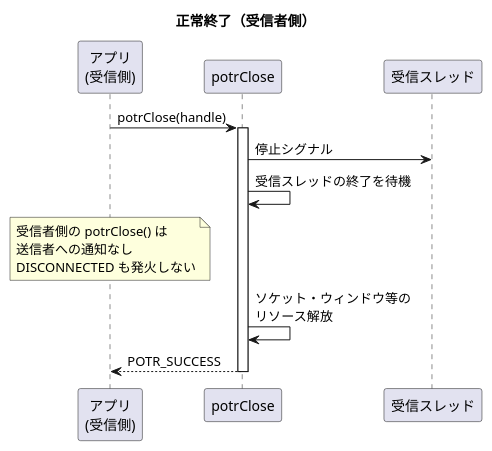
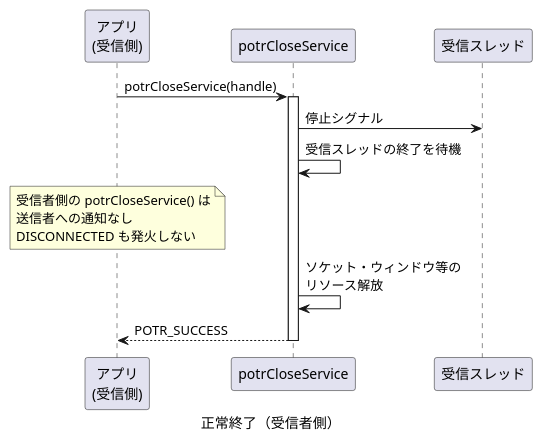
Before and after one commit to Hondarer/c-modernization-kit: diagram 11 of 12 in prod/porter/docs/sequence.md, drawn with PlantUML. The commit also changed other lines of this file and 13 other files, not shown here.

````diff
--- a/prod/porter/docs/sequence.md
+++ b/prod/porter/docs/sequence.md
@@ -430,23 +399,23 @@
 ```plantuml
-@startuml
-title 正常終了（受信者側）
+@startuml 正常終了（受信者側）
+caption 正常終了（受信者側）
 
 participant "アプリ\n(受信側)" as RAPP
-participant "potrClose" as CLOSE
+participant "potrCloseService" as CLOSE
 participant "受信スレッド" as RT
 
-RAPP -> CLOSE: potrClose(handle)
+RAPP -> CLOSE: potrCloseService(handle)
 activate CLOSE
 
 CLOSE -> RT: 停止シグナル
 CLOSE -> CLOSE: 受信スレッドの終了を待機
 
-note over RAPP: 受信者側の potrClose() は\n送信者への通知なし\nDISCONNECTED も発火しない
+note over RAPP: 受信者側の potrCloseService() は\n送信者への通知なし\nDISCONNECTED も発火しない
 
 CLOSE -> CLOSE: ソケット・ウィンドウ等の\nリソース解放
 
 CLOSE --> RAPP: POTR_SUCCESS
 deactivate CLOSE
 
 @enduml
 ```
````
